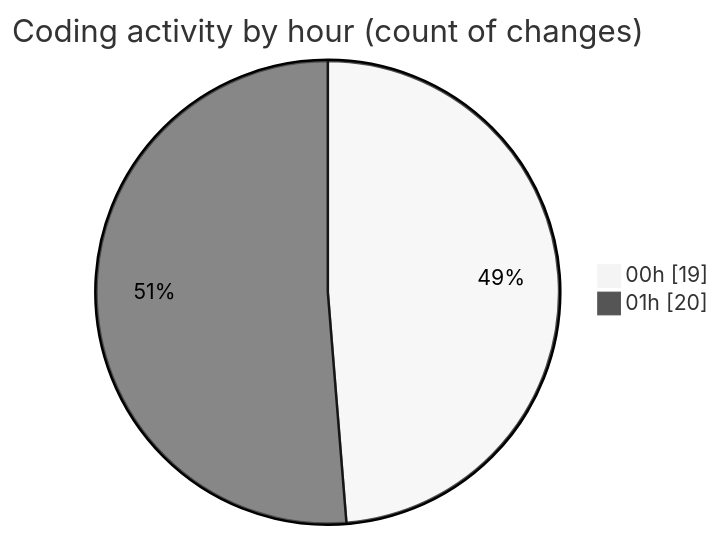
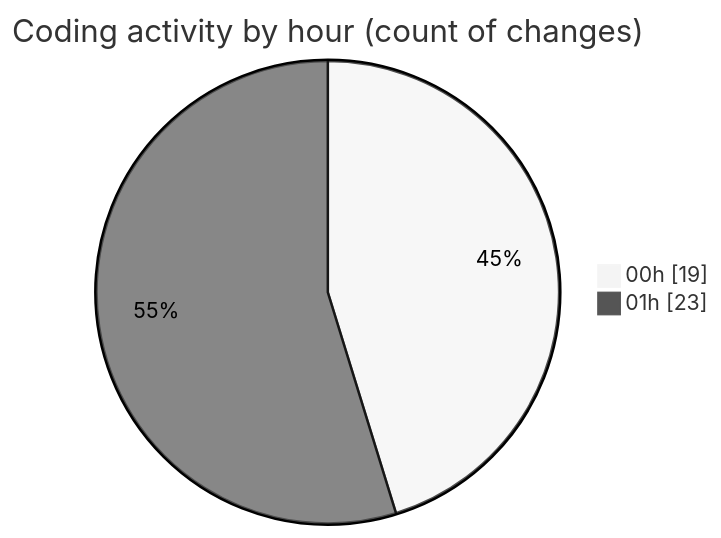
Before and after one commit to momahboobian/code-tracking: the second of 2 diagrams in 2025-02-23/pdf-analysis-app/README.md, drawn with Mermaid (neutral theme). The commit also changed other lines of this file and 1 other file, not shown here.

````diff
--- a/2025-02-23/pdf-analysis-app/README.md
+++ b/2025-02-23/pdf-analysis-app/README.md
@@ -39,6 +39,6 @@
 ```mermaid
 pie showData
 title Coding activity by hour (count of changes)
 "00h" : 19
-"01h" : 20
+"01h" : 23
 ```
````
